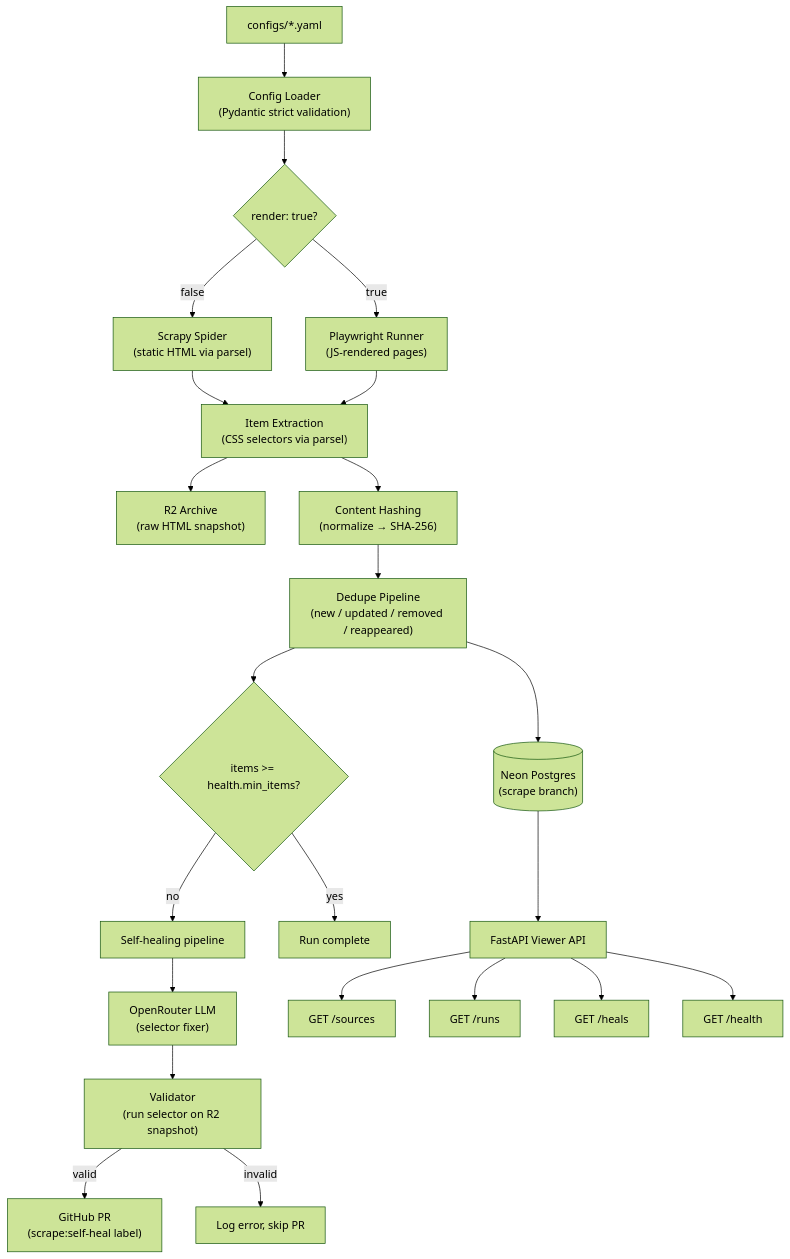
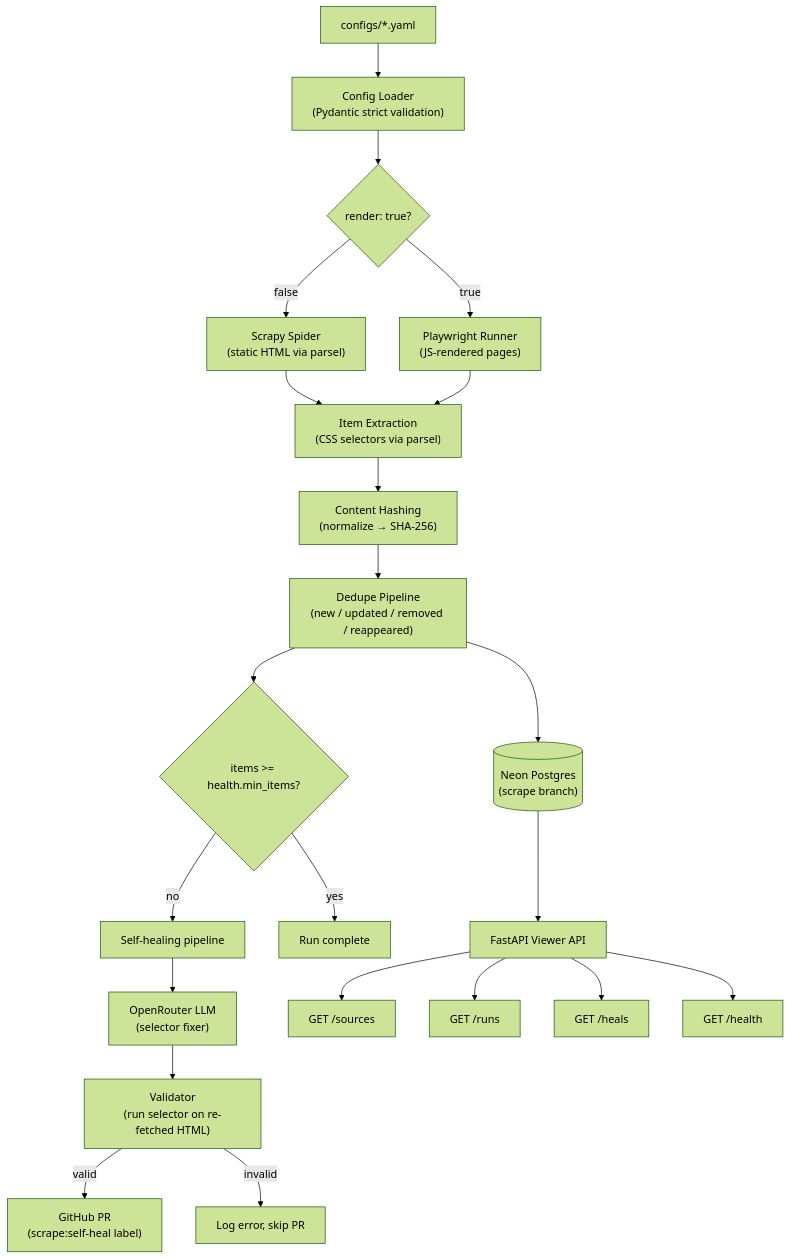
One commit to Abdul-Muizz1310/magpie-backend changed the first of 4 diagrams in docs/ARCHITECTURE.md. Above: the diagram before and after it, drawn with Mermaid (forest theme). The commit also changed other lines of this file and 1 other file, not shown here.

First line of the commit message:
docs: scope R2 snapshot archiving as future; document the real heal source

````diff
--- a/docs/ARCHITECTURE.md
+++ b/docs/ARCHITECTURE.md
@@ -9,25 +9,24 @@
 ```mermaid
 flowchart TD
     YAML["configs/*.yaml"] --> Loader["Config Loader<br/>(Pydantic strict validation)"]
     Loader --> Factory{"render: true?"}
     Factory -- "false" --> Scrapy["Scrapy Spider<br/>(static HTML via parsel)"]
     Factory -- "true" --> PW["Playwright Runner<br/>(JS-rendered pages)"]
     Scrapy --> Extract["Item Extraction<br/>(CSS selectors via parsel)"]
     PW --> Extract
-    Extract --> Archive["R2 Archive<br/>(raw HTML snapshot)"]
     Extract --> Hash["Content Hashing<br/>(normalize → SHA-256)"]
     Hash --> Dedupe["Dedupe Pipeline<br/>(new / updated / removed / reappeared)"]
     Dedupe --> DB[("Neon Postgres<br/>(scrape branch)")]
     Dedupe --> Check{"items >= health.min_items?"}
     Check -- "no" --> Healer["Self-healing pipeline"]
     Check -- "yes" --> Done["Run complete"]
     Healer --> LLM["OpenRouter LLM<br/>(selector fixer)"]
-    LLM --> Validate["Validator<br/>(run selector on R2 snapshot)"]
+    LLM --> Validate["Validator<br/>(run selector on re-fetched HTML)"]
     Validate -- "valid" --> PR["GitHub PR<br/>(scrape:self-heal label)"]
     Validate -- "invalid" --> Log["Log error, skip PR"]
     DB --> API["FastAPI Viewer API"]
     API --> Sources["GET /sources"]
     API --> Runs["GET /runs"]
     API --> Heals["GET /heals"]
     API --> Health["GET /health"]
 ```
````
